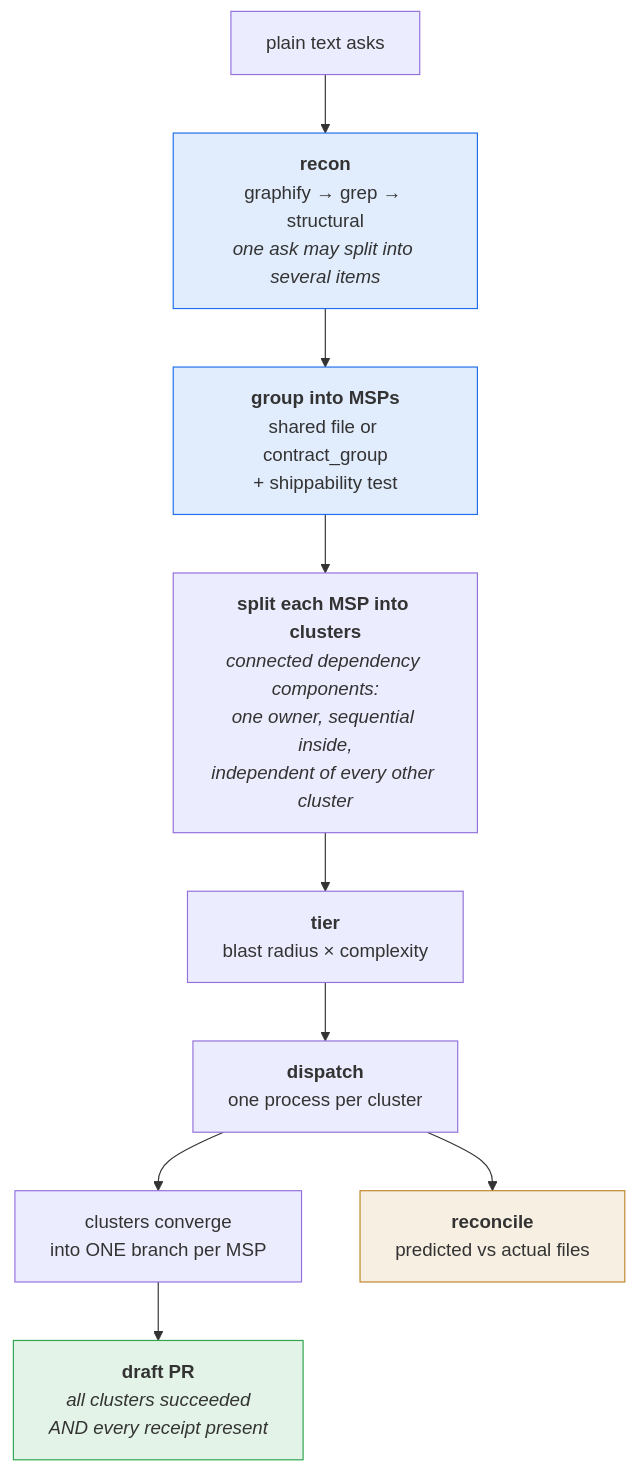
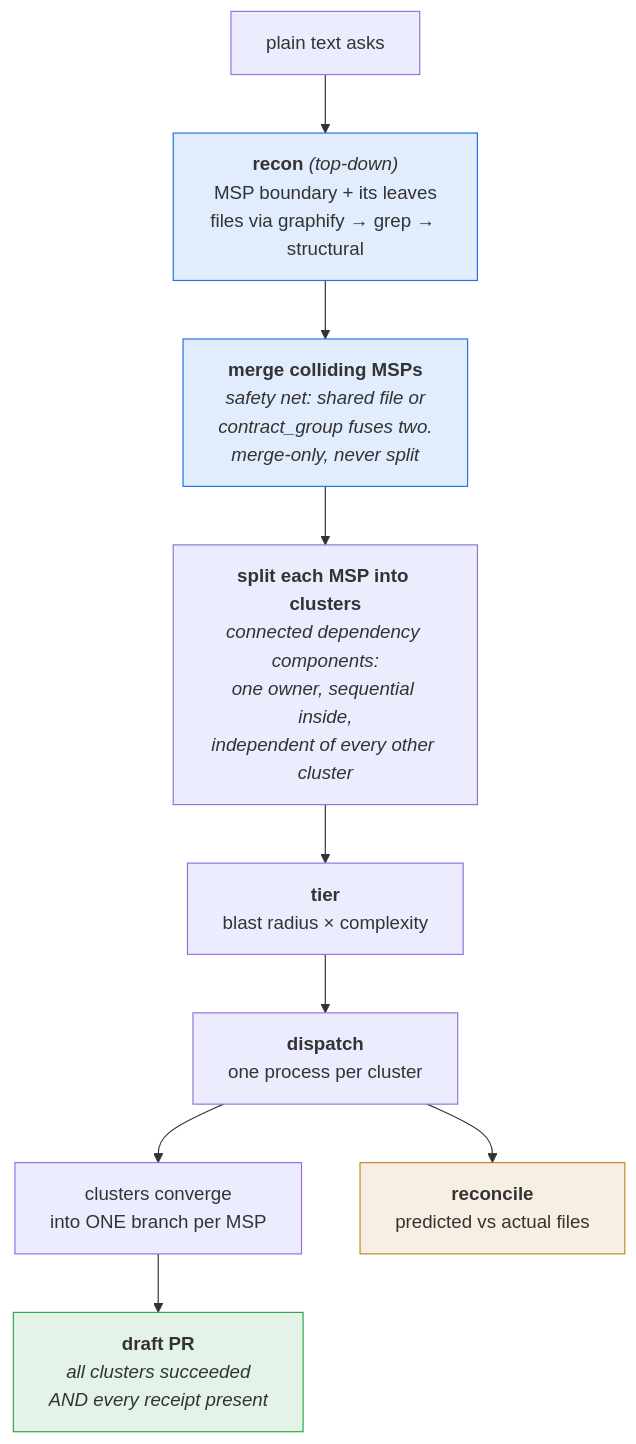
One commit to shaheershoaib/fanout changed the diagram in SPEC.md. Above: the diagram before and after it, drawn with Mermaid. The commit also changed other lines of this file, not shown here.

First line of the commit message:
docs(spec): recon draws MSP boundaries top-down; file overlap only merges

````diff
--- a/SPEC.md
+++ b/SPEC.md
@@ -55,16 +55,16 @@
 ```mermaid
 flowchart TB
-  A["plain text asks"] --> R["<b>recon</b><br/>graphify → grep → structural<br/><i>one ask may split into several items</i>"]
-  R --> G["<b>group into MSPs</b><br/>shared file or contract_group<br/>+ shippability test"]
+  A["plain text asks"] --> R["<b>recon</b> <i>(top-down)</i><br/>MSP boundary + its leaves<br/>files via graphify → grep → structural"]
+  R --> G["<b>merge colliding MSPs</b><br/><i>safety net: shared file or<br/>contract_group fuses two.<br/>merge-only, never split</i>"]
   G --> S["<b>split each MSP into clusters</b><br/><i>connected dependency components:<br/>one owner, sequential inside,<br/>independent of every other cluster</i>"]
   S --> T["<b>tier</b><br/>blast radius × complexity"]
   T --> D["<b>dispatch</b><br/>one process per cluster"]
   D --> B["clusters converge<br/>into ONE branch per MSP"]
   B --> P["<b>draft PR</b><br/><i>all clusters succeeded<br/>AND every receipt present</i>"]
   D --> C["<b>reconcile</b><br/>predicted vs actual files"]
 
   style R fill:#1f6feb22,stroke:#1f6feb
   style G fill:#1f6feb22,stroke:#1f6feb
   style P fill:#2da44e22,stroke:#2da44e
   style C fill:#bf872922,stroke:#bf8729
 ```
````
